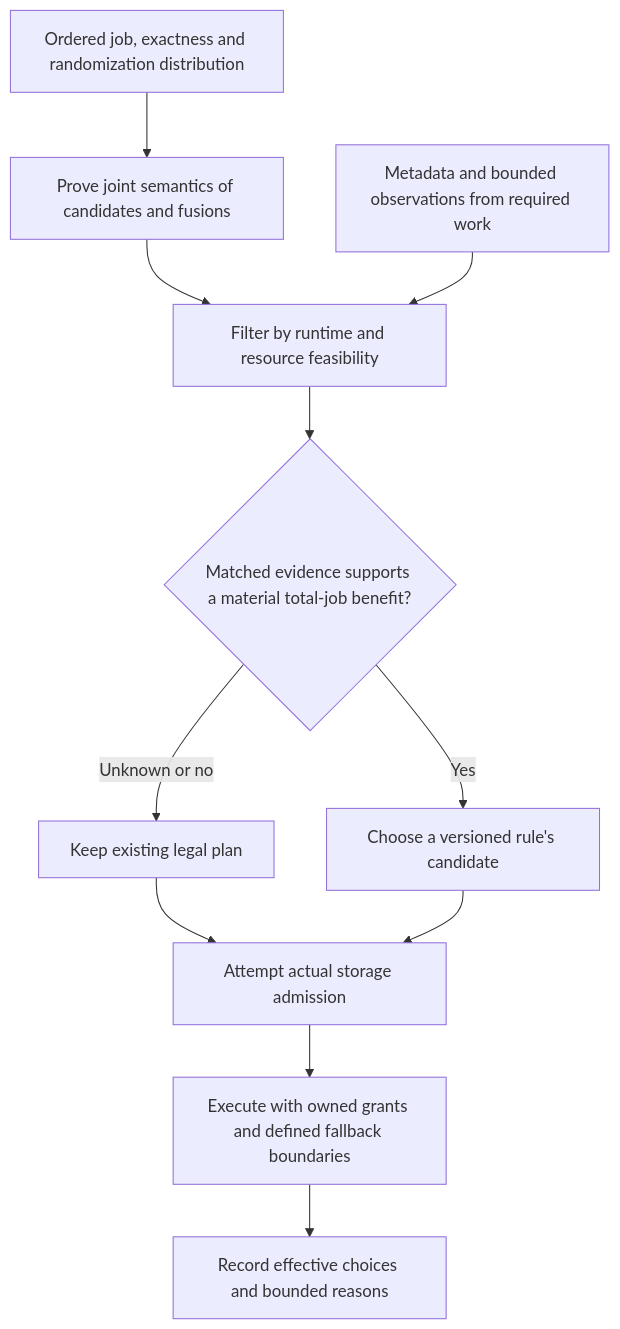
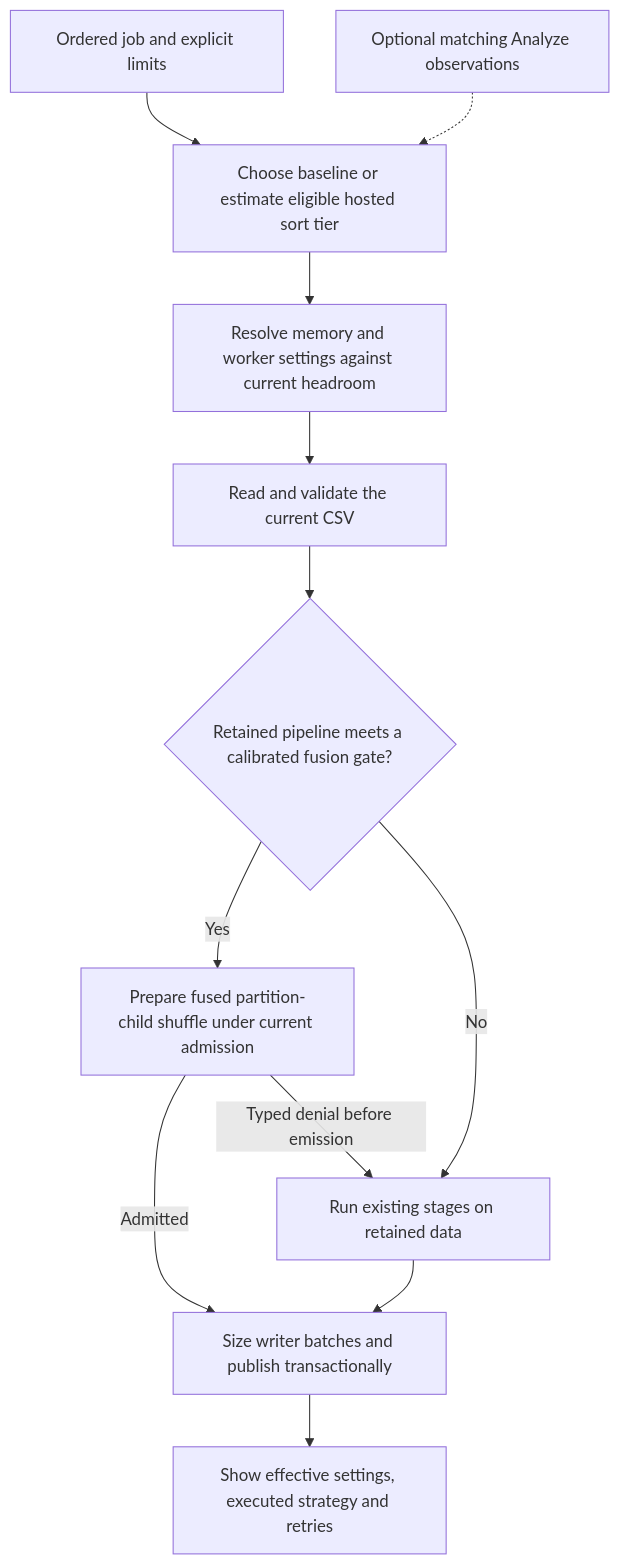
Before and after one commit to jsmatfess/chopper: diagram 12 of 14 in docs/execution-decisions.md, drawn with Mermaid. The commit also changed other lines of this file and 233 other files, not shown here.

Commit message:
Prepare Chopper 0.3.0 release candidate

````diff
--- a/docs/execution-decisions.md
+++ b/docs/execution-decisions.md
@@ -552,13 +579,14 @@
 ```mermaid
 flowchart TD
-    Contract[Ordered job, exactness and randomization distribution] --> Legal[Prove joint semantics of candidates and fusions]
-    Legal --> Feasible[Filter by runtime and resource feasibility]
-    Facts[Metadata and bounded observations from required work] --> Feasible
-    Feasible --> Evidence{Matched evidence supports a material total-job benefit?}
-    Evidence -->|Unknown or no| Existing[Keep existing legal plan]
-    Evidence -->|Yes| Choose[Choose a versioned rule's candidate]
-    Existing --> Admission[Attempt actual storage admission]
-    Choose --> Admission
-    Admission --> Execute[Execute with owned grants and defined fallback boundaries]
-    Execute --> Explain[Record effective choices and bounded reasons]
+    Job[Ordered job and explicit limits] --> Estimate[Choose baseline or estimate eligible hosted sort tier]
+    Analyze[Optional matching Analyze observations] -.-> Estimate
+    Estimate --> Budget[Resolve memory and worker settings against current headroom]
+    Budget --> Validate[Read and validate the current CSV]
+    Validate --> Eligible{Retained pipeline meets a calibrated fusion gate?}
+    Eligible -->|Yes| Try[Prepare fused partition-child shuffle under current admission]
+    Try -->|Typed denial before emission| Standard[Run existing stages on retained data]
+    Eligible -->|No| Standard
+    Try -->|Admitted| Publish[Size writer batches and publish transactionally]
+    Standard --> Publish
+    Publish --> Report[Show effective settings, executed strategy and retries]
 ```
````
